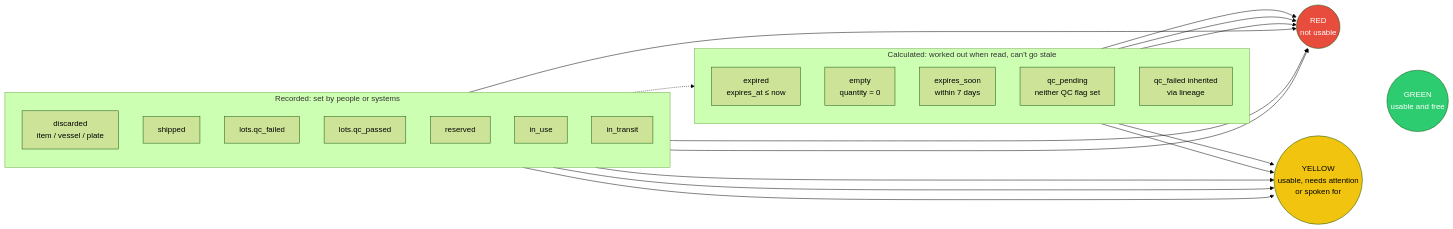
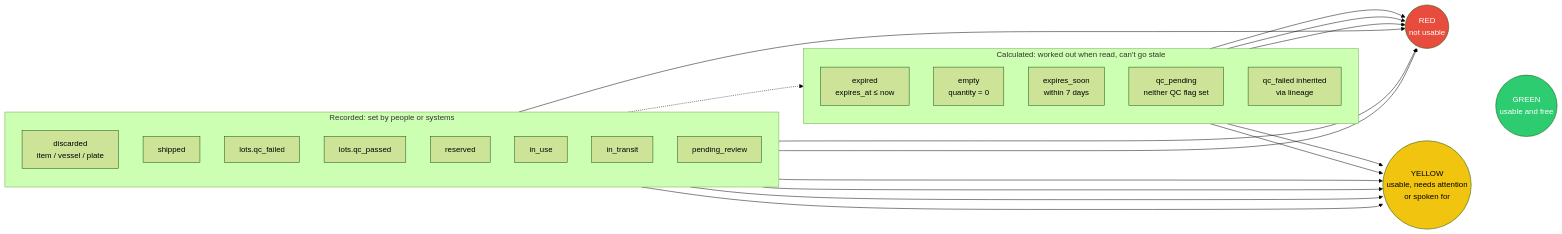
Before and after one commit to siggisigg/Adaptyv: the sixth of 8 diagrams in README.md, drawn with Mermaid (forest theme). The commit also changed other lines of this file and 6 other files, not shown here.

````diff
--- a/README.md
+++ b/README.md
@@ -235,30 +248,31 @@
 ```mermaid
 flowchart LR
     subgraph Recorded["Recorded: set by people or systems"]
         direction TB
         d[discarded<br/>item / vessel / plate]
         s[shipped]
         qf[lots.qc_failed]
         qp[lots.qc_passed]
         r[reserved]
         u[in_use]
         t[in_transit]
+        pr[pending_review]
     end
     subgraph Calculated["Calculated: worked out when read, can't go stale"]
         direction TB
         e["expired<br/>expires_at ≤ now"]
         z[empty<br/>quantity = 0]
         es[expires_soon<br/>within 7 days]
         qpe[qc_pending<br/>neither QC flag set]
         qfi[qc_failed inherited<br/>via lineage]
     end
     d & s & e & z & qf & qfi --> RED((RED<br/>not usable))
-    qpe & r & u & t & es --> YEL((YELLOW<br/>usable, needs attention<br/>or spoken for))
+    qpe & r & u & t & pr & es --> YEL((YELLOW<br/>usable, needs attention<br/>or spoken for))
     qp -.-> qpe
     RED ~~~ GRN((GREEN<br/>usable and free))
     YEL ~~~ GRN
 
     style RED fill:#e74c3c,color:#fff
     style YEL fill:#f1c40f
     style GRN fill:#2ecc71,color:#fff
 ```
````
